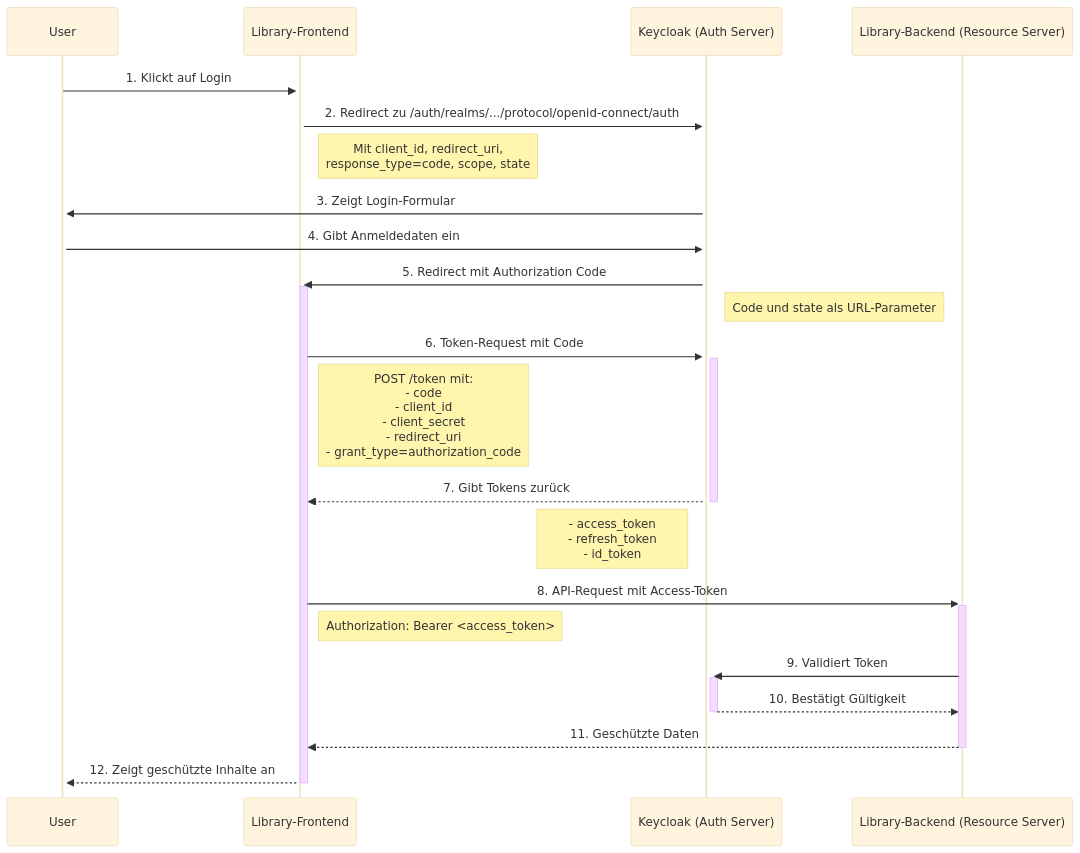
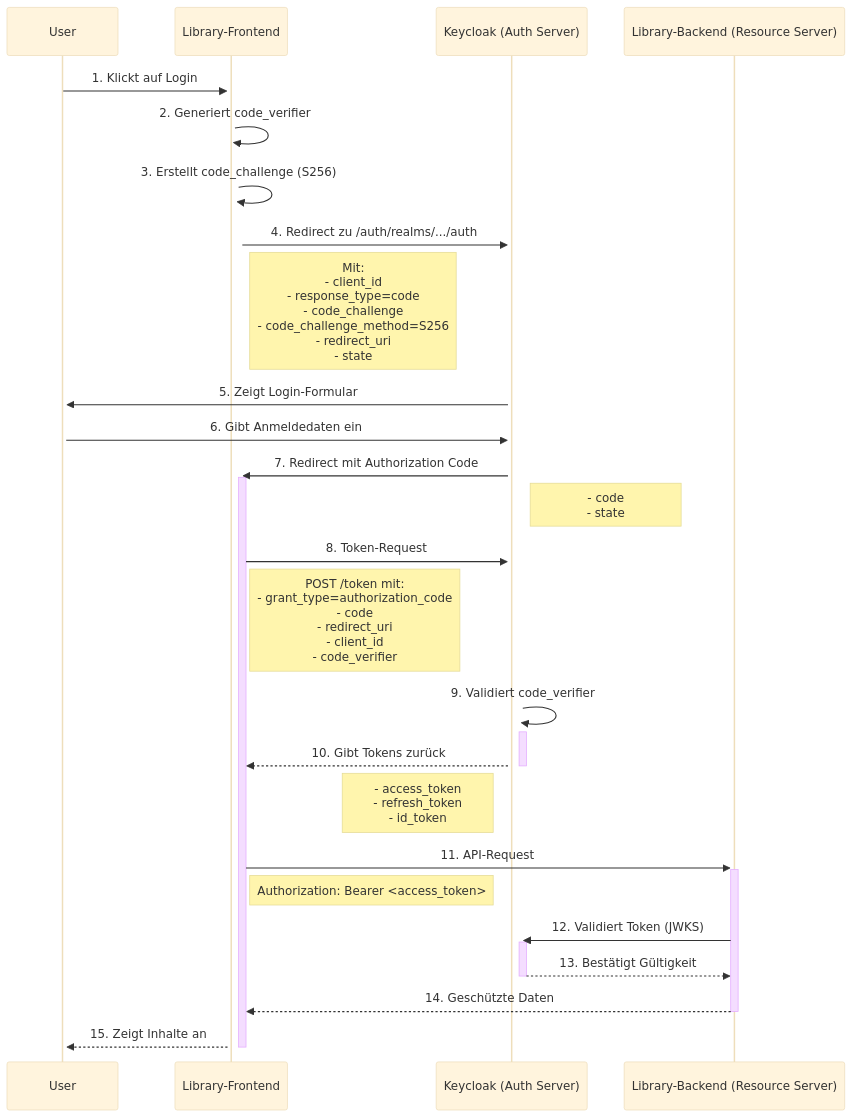
The second of 2 diagrams in README.md (kergru/library-reactive), drawn with Mermaid (base theme) before and after one commit.

````diff
--- a/README.md
+++ b/README.md
@@ -96,31 +96,35 @@
 ```mermaid
 sequenceDiagram
     participant User
     participant Frontend as Library-Frontend
     participant Auth as Keycloak (Auth Server)
     participant Backend as Library-Backend (Resource Server)
 
     User->>+Frontend: 1. Klickt auf Login
-    Frontend->>+Auth: 2. Redirect zu /auth/realms/.../protocol/openid-connect/auth
-    Note right of Frontend: Mit client_id, redirect_uri,<br>response_type=code, scope, state
+    Frontend->>+Frontend: 2. Generiert code_verifier
+    Frontend->>+Frontend: 3. Erstellt code_challenge (S256)
 
-    Auth->>+User: 3. Zeigt Login-Formular
-    User->>+Auth: 4. Gibt Anmeldedaten ein
-    Auth->>+Frontend: 5. Redirect mit Authorization Code
-    Note right of Auth: Code und state als URL-Parameter
+    Frontend->>+Auth: 4. Redirect zu /auth/realms/.../auth
+    Note right of Frontend: Mit:<br>- client_id<br>- response_type=code<br>- code_challenge<br>- code_challenge_method=S256<br>- redirect_uri<br>- state
 
-    Frontend->>+Auth: 6. Token-Request mit Code
-    Note right of Frontend: POST /token mit:<br>- code<br>- client_id<br>- client_secret<br>- redirect_uri<br>- grant_type=authorization_code
+    Auth->>+User: 5. Zeigt Login-Formular
+    User->>+Auth: 6. Gibt Anmeldedaten ein
+    Auth->>+Frontend: 7. Redirect mit Authorization Code
+    Note right of Auth: - code<br>- state
 
-    Auth-->>-Frontend: 7. Gibt Tokens zurück
+    Frontend->>+Auth: 8. Token-Request
+    Note right of Frontend: POST /token mit:<br>- grant_type=authorization_code<br>- code<br>- redirect_uri<br>- client_id<br>- code_verifier
+
+    Auth->>+Auth: 9. Validiert code_verifier
+    Auth-->>-Frontend: 10. Gibt Tokens zurück
     Note left of Auth: - access_token<br>- refresh_token<br>- id_token
 
-    Frontend->>+Backend: 8. API-Request mit Access-Token
+    Frontend->>+Backend: 11. API-Request
     Note right of Frontend: Authorization: Bearer <access_token>
 
-    Backend->>+Auth: 9. Validiert Token
-    Auth-->>-Backend: 10. Bestätigt Gültigkeit
+    Backend->>+Auth: 12. Validiert Token (JWKS)
+    Auth-->>-Backend: 13. Bestätigt Gültigkeit
 
-    Backend-->>-Frontend: 11. Geschützte Daten
-    Frontend-->>-User: 12. Zeigt geschützte Inhalte an
+    Backend-->>-Frontend: 14. Geschützte Daten
+    Frontend-->>-User: 15. Zeigt Inhalte an
 ```
````
